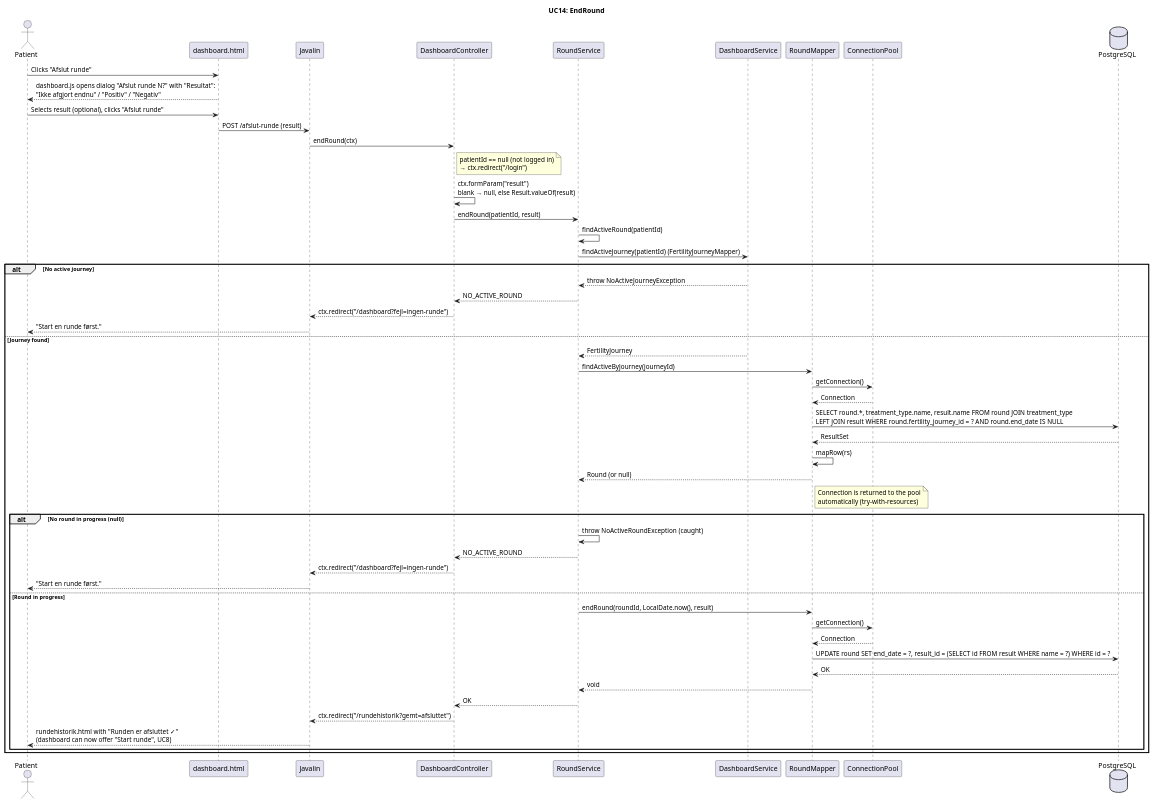
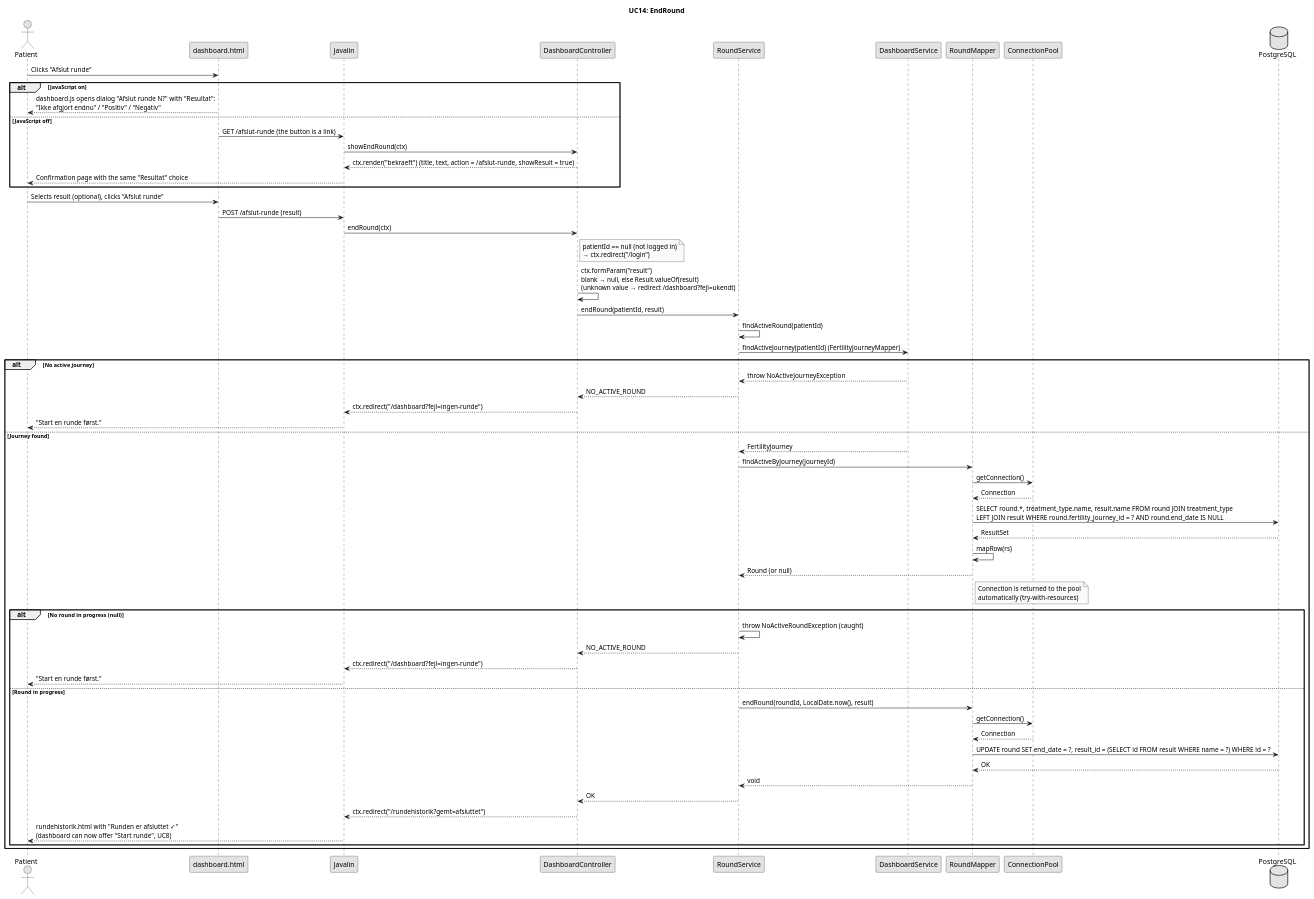
Before and after one commit to BesimaP/Simpl-PET-project: the diagram in doc/dynamic/UC14 - EndRound.puml, drawn with PlantUML. The commit also changed 48 other files, not shown here.

```diff
--- a/doc/dynamic/UC14 - EndRound.puml
+++ b/doc/dynamic/UC14 - EndRound.puml
@@ -1,60 +1,70 @@
 @startuml
 !pragma layout smetana
+skinparam shadowing false
+skinparam monochrome true
+skinparam defaultFontName Arial
 
 title UC14: EndRound
 
 actor "Patient" as u
 participant "dashboard.html" as v
 participant "Javalin" as j
 participant "DashboardController" as c
 participant "RoundService" as s
 participant "DashboardService" as ds
 participant "RoundMapper" as rm
 participant "ConnectionPool" as cp
 database "PostgreSQL" as db
 
 u -> v : Clicks "Afslut runde"
-v --> u : dashboard.js opens dialog "Afslut runde N?" with "Resultat":\n"Ikke afgjort endnu" / "Positiv" / "Negativ"
+alt JavaScript on
+  v --> u : dashboard.js opens dialog "Afslut runde N?" with "Resultat":\n"Ikke afgjort endnu" / "Positiv" / "Negativ"
+else JavaScript off
+  v -> j : GET /afslut-runde (the button is a link)
+  j -> c : showEndRound(ctx)
+  c --> j : ctx.render("bekraeft") (title, text, action = /afslut-runde, showResult = true)
+  j --> u : Confirmation page with the same "Resultat" choice
+end
 u -> v : Selects result (optional), clicks "Afslut runde"
 v -> j : POST /afslut-runde (result)
 j -> c : endRound(ctx)
 note right of c : patientId == null (not logged in)\n→ ctx.redirect("/login")
-c -> c : ctx.formParam("result")\nblank → null, else Result.valueOf(result)
+c -> c : ctx.formParam("result")\nblank → null, else Result.valueOf(result)\n(unknown value → redirect /dashboard?fejl=ukendt)
 c -> s : endRound(patientId, result)
 s -> s : findActiveRound(patientId)
 s -> ds : findActiveJourney(patientId) (FertilityJourneyMapper)
 
 alt No active journey
   ds --> s : throw NoActiveJourneyException
   s --> c : NO_ACTIVE_ROUND
   c --> j : ctx.redirect("/dashboard?fejl=ingen-runde")
   j --> u : "Start en runde først."
 else Journey found
   ds --> s : FertilityJourney
   s -> rm : findActiveByJourney(journeyId)
   rm -> cp : getConnection()
   cp --> rm : Connection
   rm -> db : SELECT round.*, treatment_type.name, result.name FROM round JOIN treatment_type\nLEFT JOIN result WHERE round.fertility_journey_id = ? AND round.end_date IS NULL
   db --> rm : ResultSet
   rm -> rm : mapRow(rs)
   rm --> s : Round (or null)
   note right of rm : Connection is returned to the pool\nautomatically (try-with-resources)
   alt No round in progress (null)
     s -> s : throw NoActiveRoundException (caught)
     s --> c : NO_ACTIVE_ROUND
     c --> j : ctx.redirect("/dashboard?fejl=ingen-runde")
     j --> u : "Start en runde først."
   else Round in progress
     s -> rm : endRound(roundId, LocalDate.now(), result)
     rm -> cp : getConnection()
     cp --> rm : Connection
     rm -> db : UPDATE round SET end_date = ?, result_id = (SELECT id FROM result WHERE name = ?) WHERE id = ?
     db --> rm : OK
     rm --> s : void
     s --> c : OK
     c --> j : ctx.redirect("/rundehistorik?gemt=afsluttet")
     j --> u : rundehistorik.html with "Runden er afsluttet ✓"\n(dashboard can now offer "Start runde", UC8)
   end
 end
 
 @enduml
```
